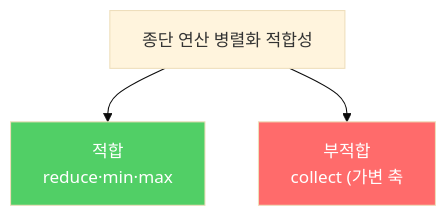
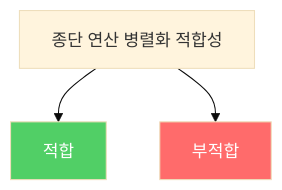
The second of 3 diagrams in _posts/java/2022-01-24-effective-java48.md (yjkim2015/yjkim2015.github.io), drawn with Mermaid (base theme) before and after one commit. The commit also changed other lines of this file and 217 other files, not shown here.

First line of the commit message:
Mermaid 크기 수정: useMaxWidth:true + SVG max-width:100% + 라벨 축소

````diff
--- a/_posts/java/2022-01-24-effective-java48.md
+++ b/_posts/java/2022-01-24-effective-java48.md
@@ -55,7 +55,7 @@
 ```mermaid
 graph TD
-    A["종단 연산 병렬화 적합성"] --> B["적합\nreduce·min·max"]
-    A --> C["부적합\ncollect (가변 축"]
+    A["종단 연산 병렬화 적합성"] --> B["적합"]
+    A --> C["부적합"]
     style B fill:#51cf66,color:#fff
     style C fill:#ff6b6b,color:#fff
 ```
````
